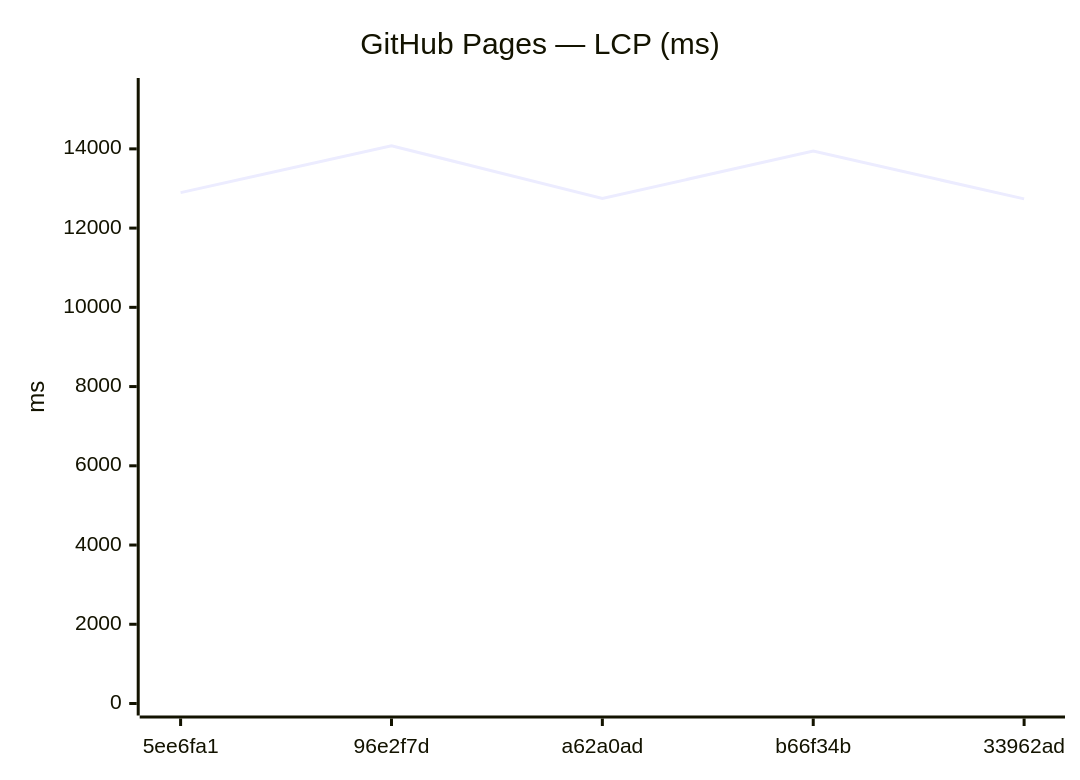
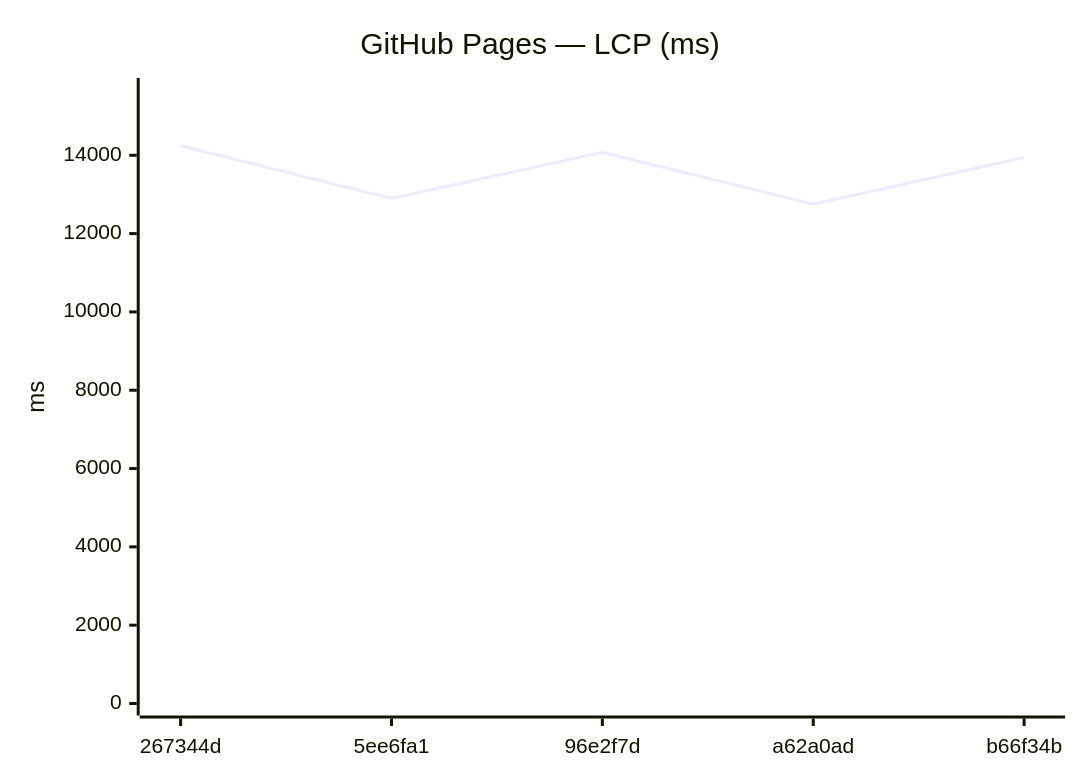
Before and after one commit to Metaheurist/Rianell: the ninth of 18 diagrams in benchmarks/compare.md, drawn with Mermaid. The commit also changed other lines of this file and 11 other files, not shown here.

````diff
--- a/benchmarks/compare.md
+++ b/benchmarks/compare.md
@@ -142,7 +142,7 @@
 ```mermaid
 xychart-beta
     title "GitHub Pages — LCP (ms)"
-    x-axis ["5ee6fa1", "96e2f7d", "a62a0ad", "b66f34b", "33962ad"]
-    y-axis "ms" 0 --> 15486
-    line [12895, 14078, 12749, 13943, 12738]
+    x-axis ["267344d", "5ee6fa1", "96e2f7d", "a62a0ad", "b66f34b"]
+    y-axis "ms" 0 --> 15667
+    line [14242, 12895, 14078, 12749, 13943]
 ```
````
